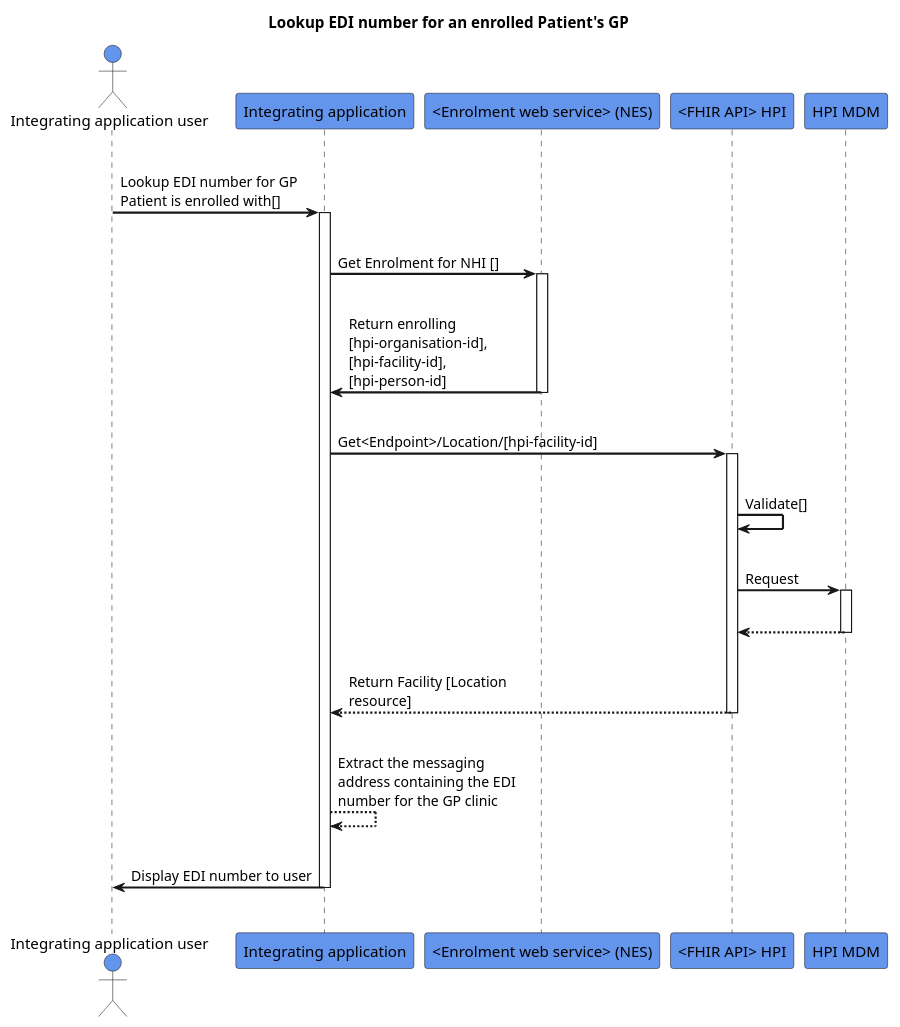
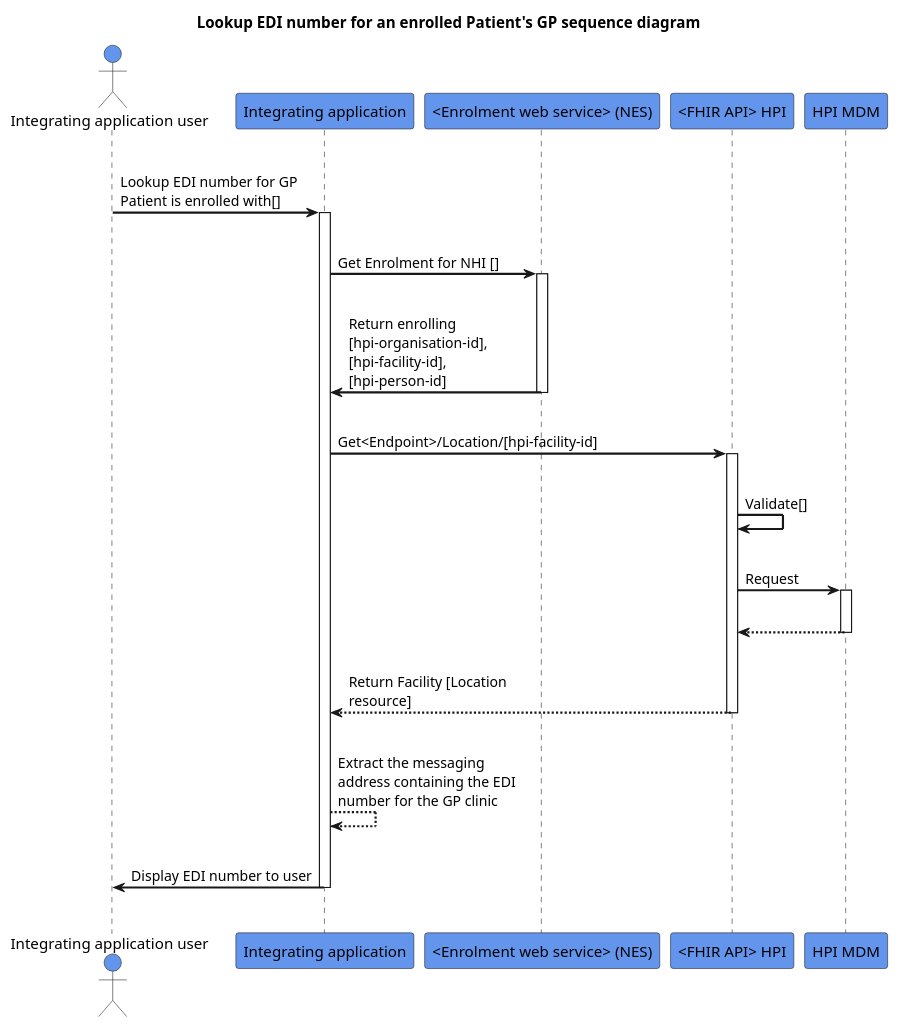
The diagram in input/images-source/lookup-edi-number-NES.plantuml (HL7NZ/hpi), drawn with PlantUML before and after one commit.

```diff
--- a/input/images-source/lookup-edi-number-NES.plantuml
+++ b/input/images-source/lookup-edi-number-NES.plantuml
@@ -1,41 +1,41 @@
 @startuml
 skinparam sequenceArrowThickness 2
 skinparam roundcorner 5
 skinparam maxmessagesize 180
 skinparam sequenceParticipant bold
-title Lookup EDI number for an enrolled Patient's GP
+title Lookup EDI number for an enrolled Patient's GP sequence diagram
 actor "Integrating application user" as User #CornflowerBlue
 participant "Integrating application" as A #CornflowerBlue
 participant "<Enrolment web service> (NES)" as B #CornflowerBlue
 participant "<FHIR API> HPI" as C #CornflowerBlue
 participant "HPI MDM" as D #CornflowerBlue
 |||
 User -> A: Lookup EDI number for GP Patient is enrolled with[]
 activate A
 |||
 A -> B: Get Enrolment for NHI []
 activate B
 |||
 B -> A: Return enrolling [hpi-organisation-id], [hpi-facility-id], [hpi-person-id]
 deactivate B
 |||
 A -> C: Get<Endpoint>/Location/[hpi-facility-id]
 activate C
 |||
 C -> C: Validate[]
 |||
 C -> D: Request
 activate D
 |||
 D -[dashed]-> C:  
 deactivate D
 |||
 C -[dashed]-> A:Return Facility [Location resource]
 deactivate C
 |||
 A -[dashed]-> A: Extract the messaging address containing the EDI number for the GP clinic
 |||
 A -> User: Display EDI number to user
 deactivate A
 |||
 @enduml
```
